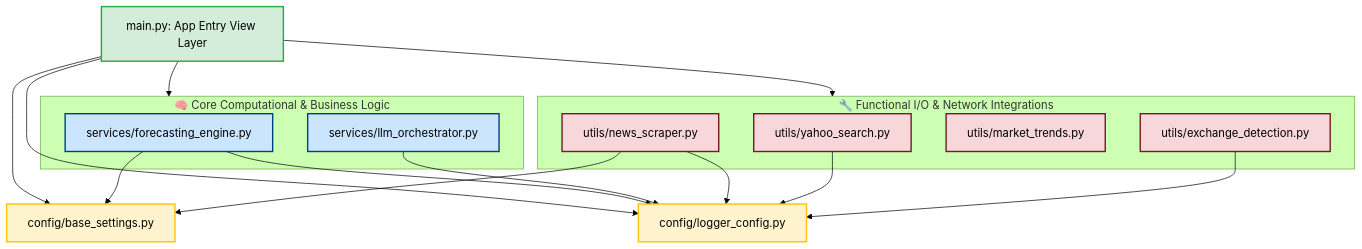
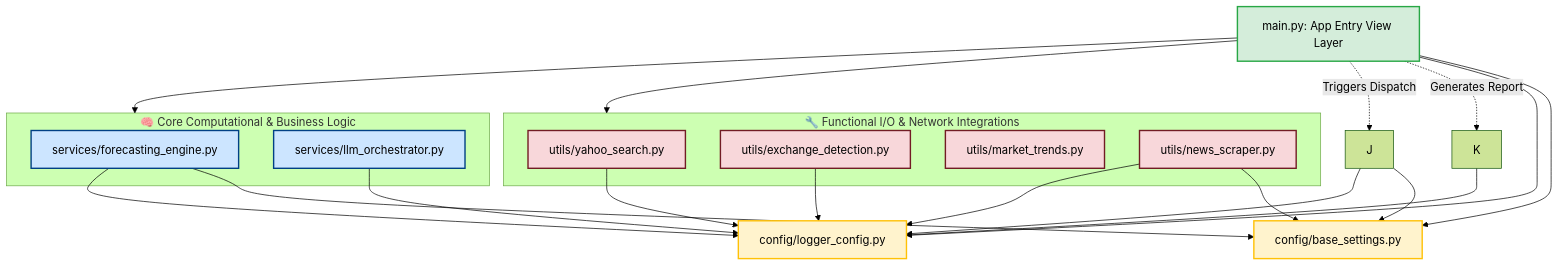
The diagram in README.md (SRINIVASTA/world-x-predictor), drawn with Mermaid (forest theme) before and after one commit.

````diff
--- a/README.md
+++ b/README.md
@@ -11,40 +11,47 @@
 ```mermaid
 graph TD
     %% Base Infrastructure Styling
     classDef main fill:#d4edda,stroke:#28a745,stroke-width:2px;
     classDef config fill:#fff3cd,stroke:#ffc107,stroke-width:2px;
     classDef layer fill:#e2e3e5,stroke:#383d41,stroke-width:1px;
     classDef svc fill:#cce5ff,stroke:#004085,stroke-width:2px;
     classDef utl fill:#f8d7da,stroke:#721c24,stroke-width:2px;
 
     %% Components
     A[main.py: App Entry View Layer]:::main
     B[config/base_settings.py]:::config
     C[config/logger_config.py]:::config
     
     subgraph Services_Layer [🧠 Core Computational & Business Logic]
         D[services/forecasting_engine.py]:::svc
         E[services/llm_orchestrator.py]:::svc
     end
 
     subgraph Utilities_Layer [🔧 Functional I/O & Network Integrations]
         F[utils/yahoo_search.py]:::utl
         G[utils/exchange_detection.py]:::utl
         H[utils/market_trends.py]:::utl
         I[utils/news_scraper.py]:::utl
     end
 
     %% Dependency Connections
     A --> B
     A --> C
     A --> Utilities_Layer
     A --> Services_Layer
     
     D --> B
     D --> C
     E --> C
     I --> B
     I --> C
     F --> C
     G --> C
+
+%% Report & Notification Orchestration
+    K --> C
+    J --> B
+    J --> C
+    A -.-> |Generates Report| K
+    A -.-> |Triggers Dispatch| J
 ```
````
